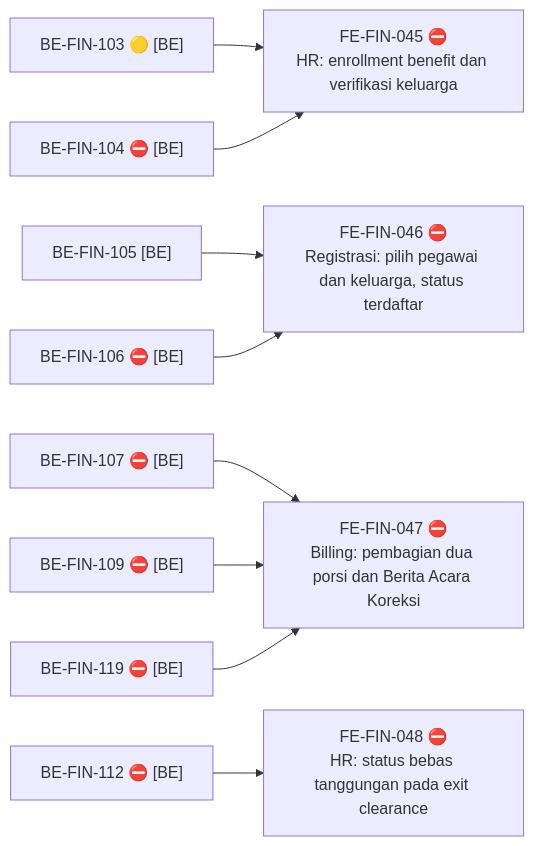
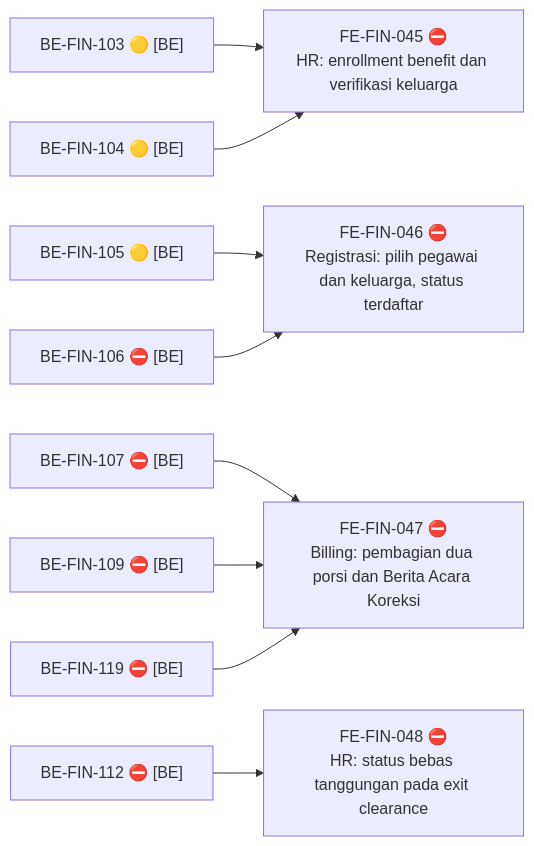
One commit to DevBenari/NewQuilvianSystemBackend changed the third of 4 diagrams in docs/module-blueprints/finance-management/roadmap/02-frontend-roadmap.md. Above: the diagram before and after it, drawn with Mermaid. The commit also changed other lines of this file and 27 other files, not shown here.

````diff
--- a/docs/module-blueprints/finance-management/roadmap/02-frontend-roadmap.md
+++ b/docs/module-blueprints/finance-management/roadmap/02-frontend-roadmap.md
@@ -1086,23 +1086,23 @@
 ```mermaid
 flowchart LR
     B103["BE-FIN-103 🟡 [BE]"]
-    B104["BE-FIN-104 ⛔ [BE]"]
-    B105["BE-FIN-105 [BE]"]
+    B104["BE-FIN-104 🟡 [BE]"]
+    B105["BE-FIN-105 🟡 [BE]"]
     B106["BE-FIN-106 ⛔ [BE]"]
     B107["BE-FIN-107 ⛔ [BE]"]
     B109["BE-FIN-109 ⛔ [BE]"]
     B112["BE-FIN-112 ⛔ [BE]"]
     B119["BE-FIN-119 ⛔ [BE]"]
     F045["FE-FIN-045 ⛔<br/>HR: enrollment benefit dan verifikasi keluarga"]
     F046["FE-FIN-046 ⛔<br/>Registrasi: pilih pegawai dan keluarga, status terdaftar"]
     F047["FE-FIN-047 ⛔<br/>Billing: pembagian dua porsi dan Berita Acara Koreksi"]
     F048["FE-FIN-048 ⛔<br/>HR: status bebas tanggungan pada exit clearance"]
     B103 --> F045
     B104 --> F045
     B105 --> F046
     B106 --> F046
     B107 --> F047
     B109 --> F047
     B119 --> F047
     B112 --> F048
 ```
````
